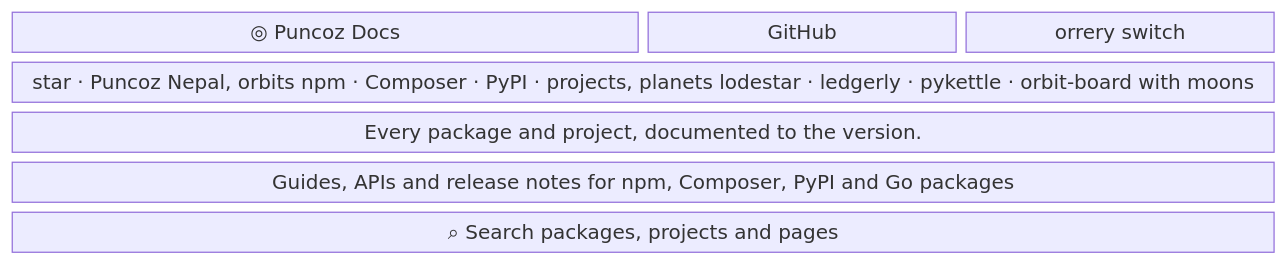
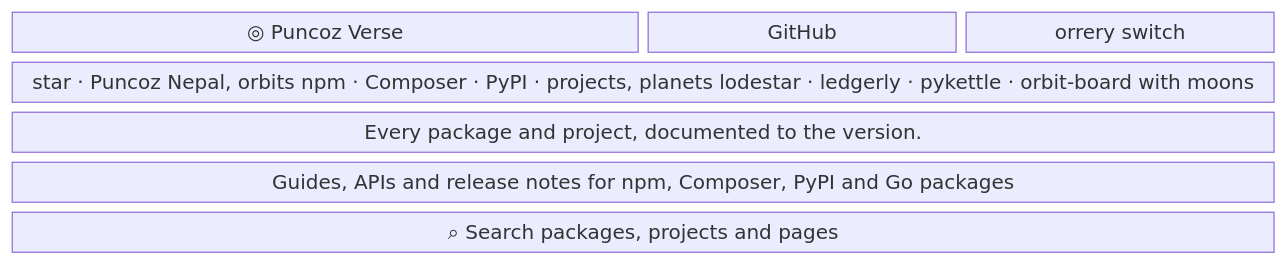
Before and after one commit to nepal-dev-com/docs.nepal-dev.com: the second of 7 diagrams in content/docs/maintain/app-flow/home-page.mdx, drawn with Mermaid. The commit also changed other lines of this file and 85 other files, not shown here.

Commit message:
site renamed to puncoz verse

````diff
--- a/content/docs/maintain/app-flow/home-page.mdx
+++ b/content/docs/maintain/app-flow/home-page.mdx
@@ -77,9 +77,9 @@
 ```mermaid
 block-beta
   columns 4
-  word["◎ Puncoz Docs"]:2 gh["GitHub"] theme["orrery switch"]
+  word["◎ Puncoz Verse"]:2 gh["GitHub"] theme["orrery switch"]
   sys["star · Puncoz Nepal, orbits npm · Composer · PyPI · projects, planets lodestar · ledgerly · pykettle · orbit-board with moons"]:4
   h1["Every package and project, documented to the version."]:4
   sub["Guides, APIs and release notes for npm, Composer, PyPI and Go packages"]:4
   field["⌕  Search packages, projects and pages"]:4
 ```
````
